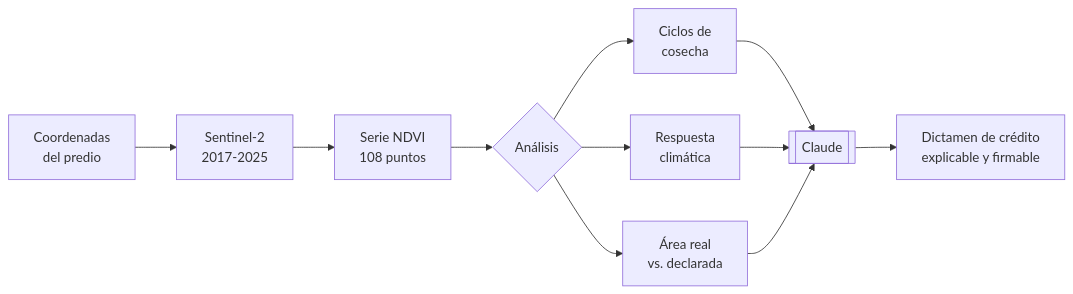
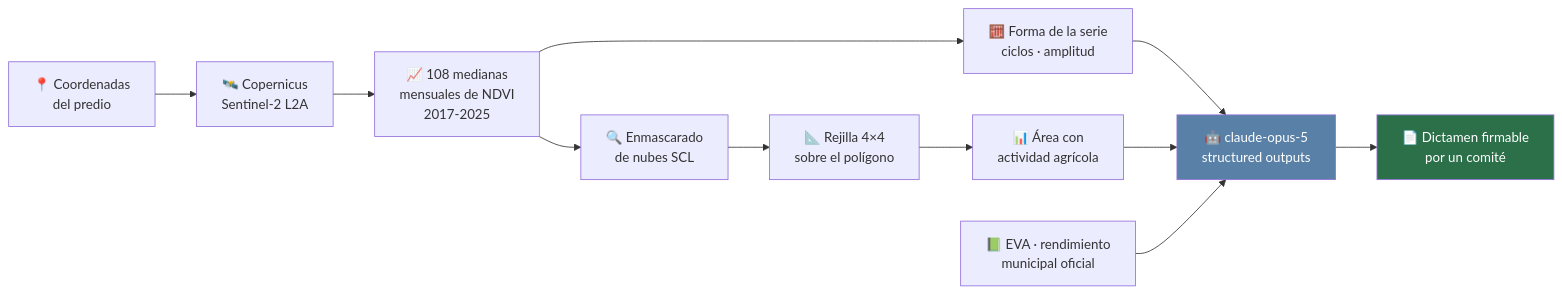
Before and after one commit to laurodriguez2016-cmd/seedllite-ctw2026: the first of 3 diagrams in README.md, drawn with Mermaid. The commit also changed other lines of this file, not shown here.

First line of the commit message:
readme: portada del proyecto con diagramas y la seccion de lo que el sistema no sabe

````diff
--- a/README.md
+++ b/README.md
@@ -39,13 +44,16 @@
 ```mermaid
 flowchart LR
-    A[Coordenadas<br/>del predio] --> B[Sentinel-2<br/>2017-2025]
-    B --> C[Serie NDVI<br/>108 puntos]
-    C --> D{Análisis}
-    D --> E[Ciclos de<br/>cosecha]
-    D --> F[Respuesta<br/>climática]
-    D --> G[Área real<br/>vs. declarada]
-    E --> H[[Claude]]
-    F --> H
+    A["📍 Coordenadas<br/>del predio"] --> B["🛰️ Copernicus<br/>Sentinel-2 L2A"]
+    B --> C["📈 108 medianas<br/>mensuales de NDVI<br/>2017-2025"]
+    C --> D["🔍 Enmascarado<br/>de nubes SCL"]
+    D --> E["📐 Rejilla 4×4<br/>sobre el polígono"]
+    C --> F["🧮 Forma de la serie<br/>ciclos · amplitud"]
+    E --> G["📊 Área con<br/>actividad agrícola"]
+    F --> H["🤖 claude-opus-5<br/>structured outputs"]
     G --> H
-    H --> I[Dictamen de crédito<br/>explicable y firmable]
+    I["📗 EVA · rendimiento<br/>municipal oficial"] --> H
+    H --> J["📄 Dictamen firmable<br/>por un comité"]
+
+    style H fill:#5980a6,color:#fff
+    style J fill:#2b7048,color:#fff
 ```
````
